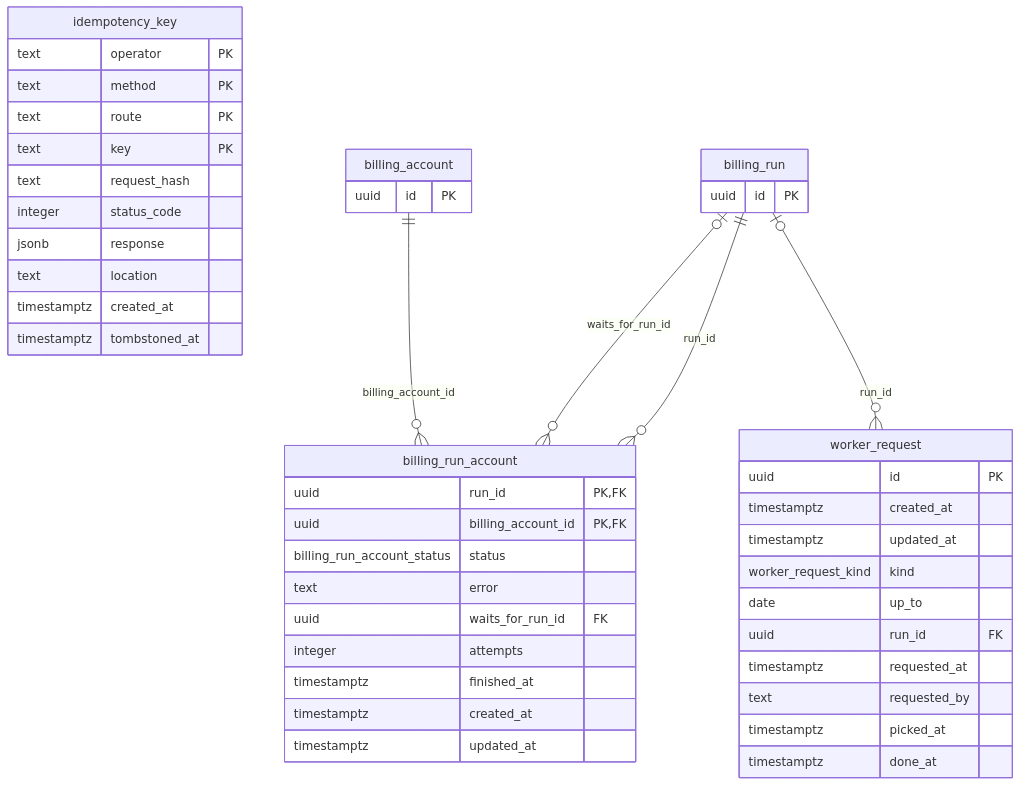
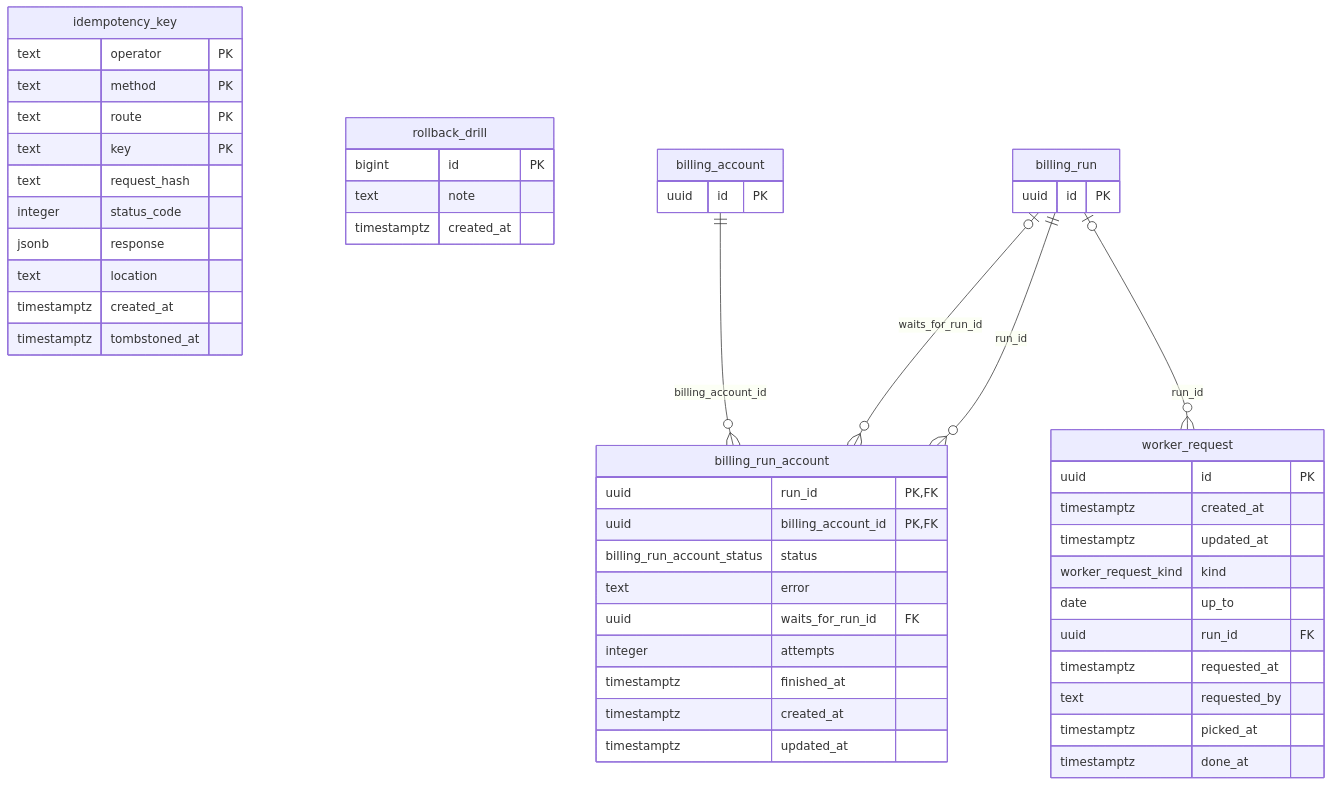
The seventh of 11 diagrams in docs/db/README.md (altharmz/bss), drawn with Mermaid before and after one commit. The commit also changed other lines of this file and 15 other files, not shown here.

First line of the commit message:
Rollback drill release C: drill migration 0064 and drill switches for every rollback scenario (Fixes #254) (#255)

````diff
--- a/docs/db/README.md
+++ b/docs/db/README.md
@@ -1410,48 +1412,53 @@
 ```mermaid
 erDiagram
   billing_run_account {
     uuid run_id PK,FK
     uuid billing_account_id PK,FK
     billing_run_account_status status
     text error
     uuid waits_for_run_id FK
     integer attempts
     timestamptz finished_at
     timestamptz created_at
     timestamptz updated_at
   }
   worker_request {
     uuid id PK
     timestamptz created_at
     timestamptz updated_at
     worker_request_kind kind
     date up_to
     uuid run_id FK
     timestamptz requested_at
     text requested_by
     timestamptz picked_at
     timestamptz done_at
   }
   idempotency_key {
     text operator PK
     text method PK
     text route PK
     text key PK
     text request_hash
     integer status_code
     jsonb response
     text location
     timestamptz created_at
     timestamptz tombstoned_at
   }
+  rollback_drill {
+    bigint id PK
+    text note
+    timestamptz created_at
+  }
   billing_account {
     uuid id PK
   }
   billing_run {
     uuid id PK
   }
   billing_account ||--o{ billing_run_account : "billing_account_id"
   billing_run |o--o{ billing_run_account : "waits_for_run_id"
   billing_run |o--o{ worker_request : "run_id"
   billing_run ||--o{ billing_run_account : "run_id"
 ```
````
